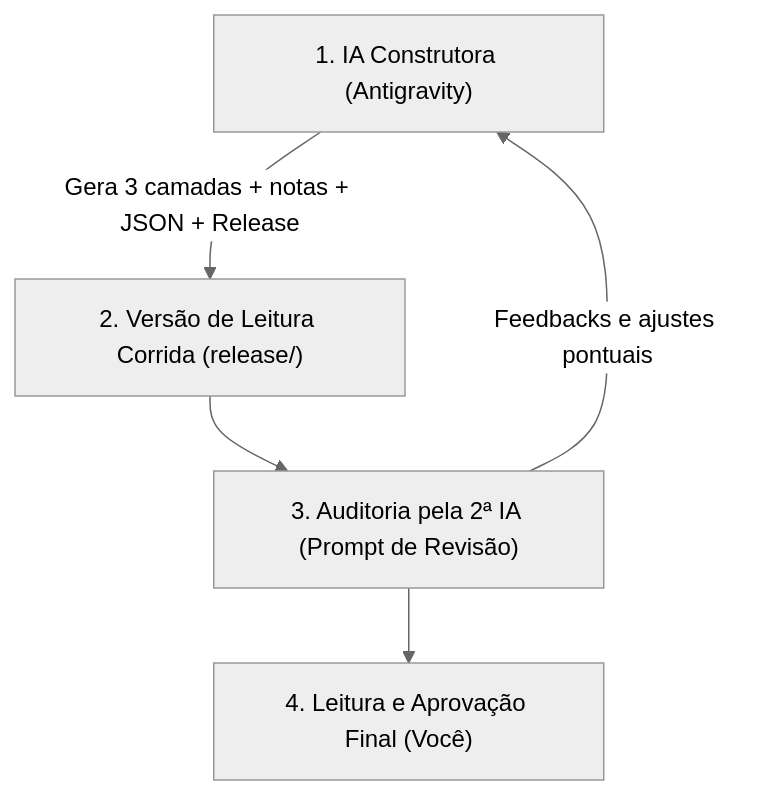
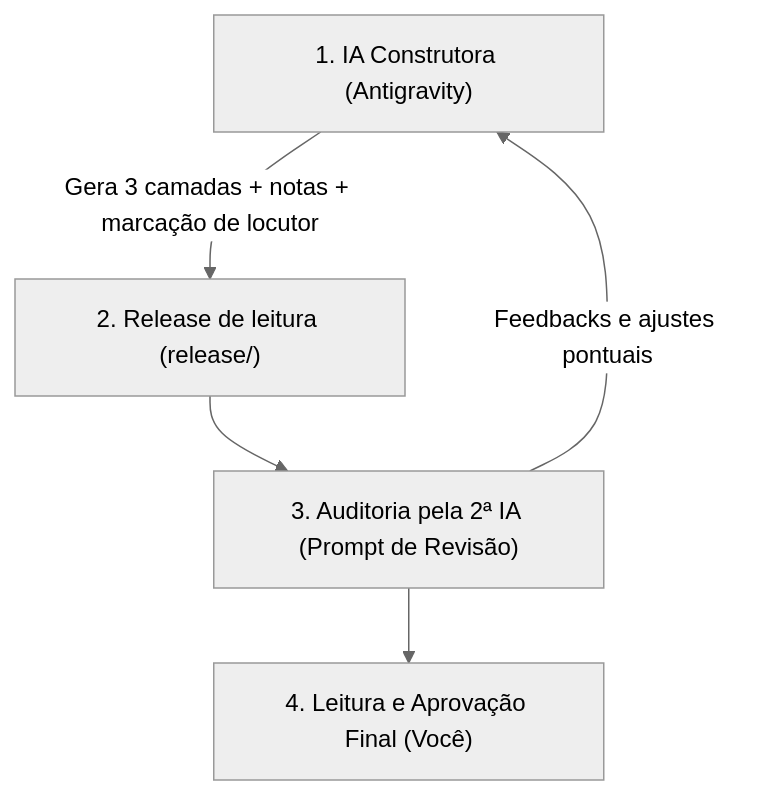
The diagram in docs/roadmap.md (nilknarfsam/traducao_biblia), drawn with Mermaid (neutral theme) before and after one commit. The commit also changed other lines of this file and 10 other files, not shown here.

````diff
--- a/docs/roadmap.md
+++ b/docs/roadmap.md
@@ -39,7 +39,7 @@
 ```mermaid
 graph TD
-    A["1. IA Construtora (Antigravity)"] -->|Gera 3 camadas + notas + JSON + Release| B["2. Versão de Leitura Corrida (release/)"]
+    A["1. IA Construtora (Antigravity)"] -->|Gera 3 camadas + notas + marcação de locutor| B["2. Release de leitura (release/)"]
     B --> C["3. Auditoria pela 2ª IA (Prompt de Revisão)"]
     C -->|Feedbacks e ajustes pontuais| A
     C --> D["4. Leitura e Aprovação Final (Você)"]
 ```
````
